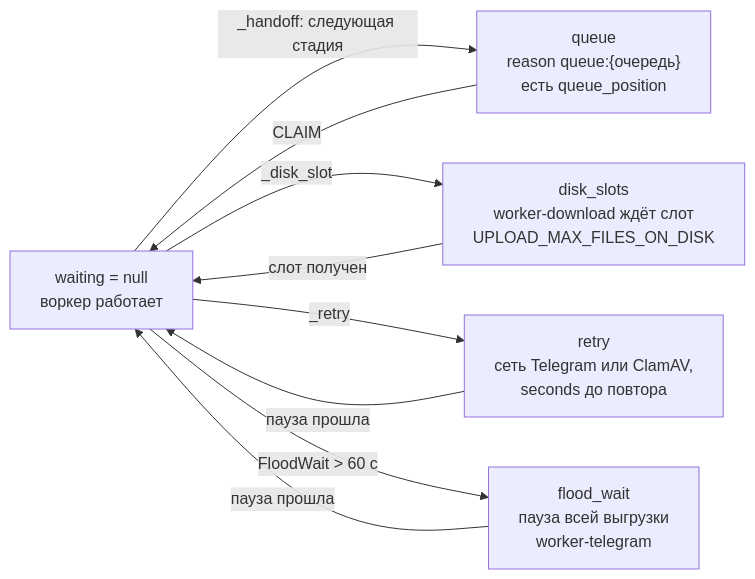
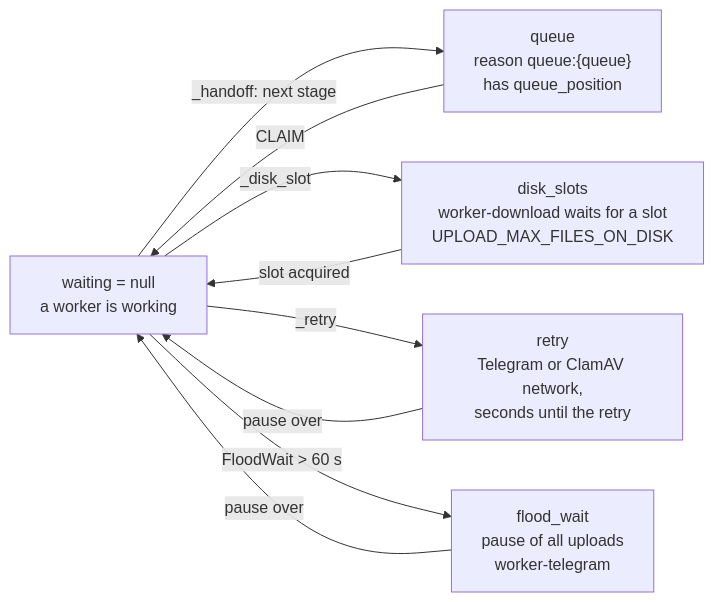
One commit to NikitkaZXC/tcloud-backend changed the fifth of 7 diagrams in docs/background-tasks.md. Above: the diagram before and after it, drawn with Mermaid. The commit also changed other lines of this file and 20 other files, not shown here.

````diff
--- a/docs/background-tasks.md
+++ b/docs/background-tasks.md
@@ -333,13 +333,13 @@
 ```mermaid
 flowchart LR
-    work["waiting = null<br/>воркер работает"]
-    queue["queue<br/>reason queue:{очередь}<br/>есть queue_position"]
-    slots["disk_slots<br/>worker-download ждёт слот<br/>UPLOAD_MAX_FILES_ON_DISK"]
-    retry["retry<br/>сеть Telegram или ClamAV,<br/>seconds до повтора"]
-    flood["flood_wait<br/>пауза всей выгрузки<br/>worker-telegram"]
+    work["waiting = null<br/>a worker is working"]
+    queue["queue<br/>reason queue:{queue}<br/>has queue_position"]
+    slots["disk_slots<br/>worker-download waits for a slot<br/>UPLOAD_MAX_FILES_ON_DISK"]
+    retry["retry<br/>Telegram or ClamAV network,<br/>seconds until the retry"]
+    flood["flood_wait<br/>pause of all uploads<br/>worker-telegram"]
     queue -- CLAIM --> work
-    work -- "_handoff: следующая стадия" --> queue
-    work -- "_disk_slot" --> slots -- слот получен --> work
-    work -- "_retry" --> retry -- пауза прошла --> work
-    work -- "FloodWait > 60 с" --> flood -- пауза прошла --> work
+    work -- "_handoff: next stage" --> queue
+    work -- "_disk_slot" --> slots -- slot acquired --> work
+    work -- "_retry" --> retry -- pause over --> work
+    work -- "FloodWait > 60 s" --> flood -- pause over --> work
 ```
````
